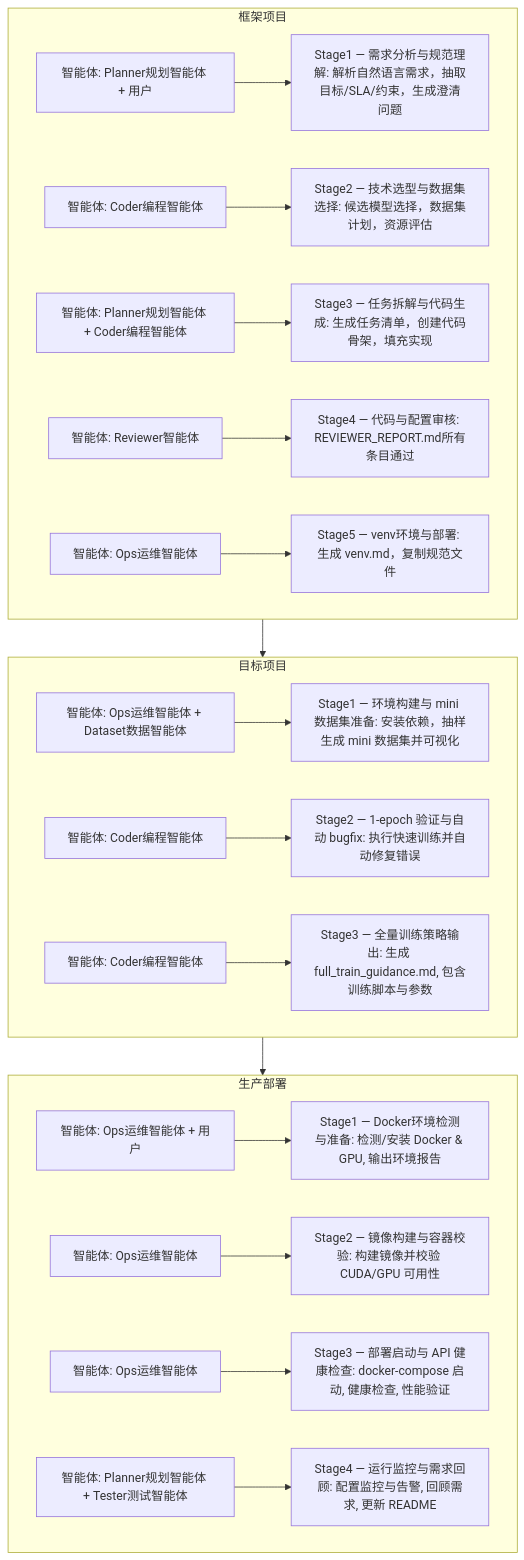
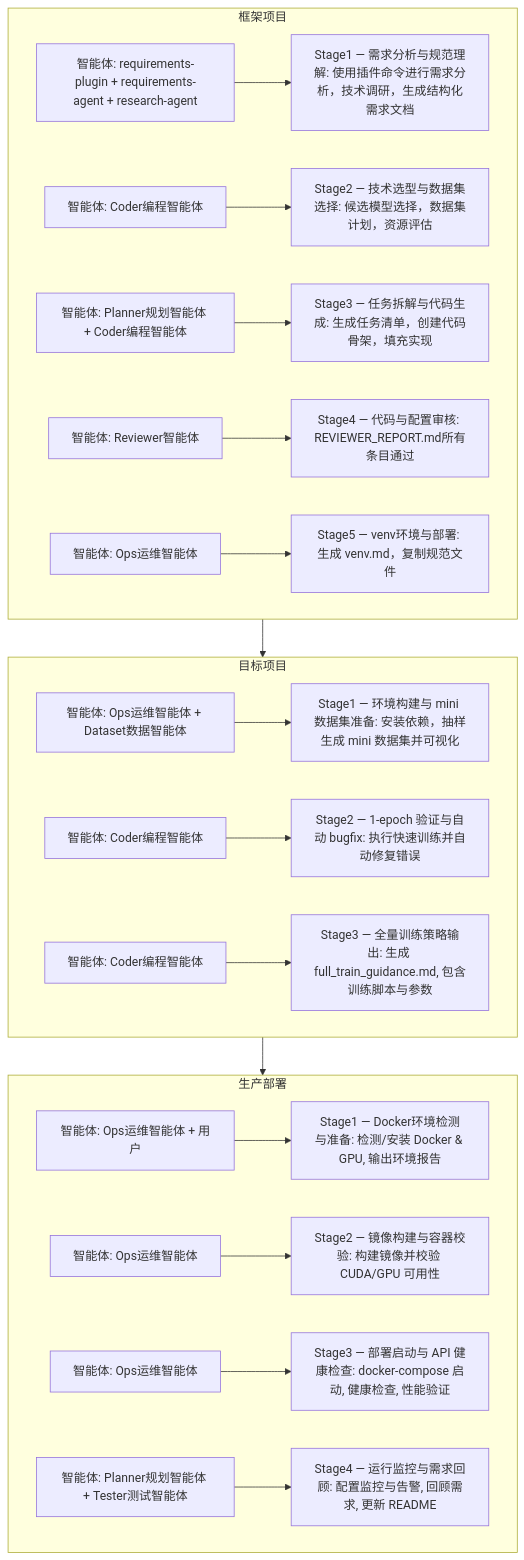
Diagram 16 of 16 in README.md (ouyangshixiong/context-engineering-zh), drawn with Mermaid before and after one commit. The commit also changed other lines of this file and 21 other files, not shown here.

````diff
--- a/README.md
+++ b/README.md
@@ -674,63 +682,63 @@
 ```mermaid
 flowchart TD
 
     %% ================= 框架项目 =================
     subgraph F1["框架项目"]
 
-        S1_who["智能体: Planner规划智能体 + 用户"]
-        S1_desc["Stage1 — 需求分析与规范理解: 解析自然语言需求，抽取目标/SLA/约束，生成澄清问题"]
+        S1_who["智能体: requirements-plugin + requirements-agent + research-agent"]
+        S1_desc["Stage1 — 需求分析与规范理解: 使用插件命令进行需求分析，技术调研，生成结构化需求文档"]
         S2_who["智能体: Coder编程智能体"]
         S2_desc["Stage2 — 技术选型与数据集选择: 候选模型选择，数据集计划，资源评估"]
         S3_who["智能体: Planner规划智能体 + Coder编程智能体"]
         S3_desc["Stage3 — 任务拆解与代码生成: 生成任务清单，创建代码骨架，填充实现"]
         S4_who["智能体: Reviewer智能体"]
         S4_desc["Stage4 — 代码与配置审核: REVIEWER_REPORT.md所有条目通过"]
         S41_who["智能体: Ops运维智能体"]
         S41_desc["Stage5 — venv环境与部署: 生成 venv.md，复制规范文件"]
 
         S1_who --> S1_desc
         S2_who --> S2_desc
         S3_who --> S3_desc
         S4_who --> S4_desc
         S41_who --> S41_desc
 
     end
 
     %% ================= 目标项目 =================
     subgraph F2["目标项目"]
 
         S6_who["智能体: Ops运维智能体 + Dataset数据智能体"]
         S6_desc["Stage1 — 环境构建与 mini 数据集准备: 安装依赖，抽样生成 mini 数据集并可视化"]
         S7_who["智能体: Coder编程智能体"]
         S7_desc["Stage2 — 1-epoch 验证与自动 bugfix: 执行快速训练并自动修复错误"]
         S8_who["智能体: Coder编程智能体"]
         S8_desc["Stage3 — 全量训练策略输出: 生成 full_train_guidance.md, 包含训练脚本与参数"]
 
         S6_who --> S6_desc
         S7_who --> S7_desc
         S8_who --> S8_desc
 
     end
 
     %% ================= 生产部署 =================
     subgraph F3["生产部署"]
 
         S9_who["智能体: Ops运维智能体 + 用户"]
         S9_desc["Stage1 — Docker环境检测与准备: 检测/安装 Docker & GPU, 输出环境报告"]
         S10_who["智能体: Ops运维智能体"]
         S10_desc["Stage2 — 镜像构建与容器校验: 构建镜像并校验 CUDA/GPU 可用性"]
         S11_who["智能体: Ops运维智能体"]
         S11_desc["Stage3 — 部署启动与 API 健康检查: docker-compose 启动, 健康检查, 性能验证"]
         S12_who["智能体: Planner规划智能体 + Tester测试智能体"]
         S12_desc["Stage4 — 运行监控与需求回顾: 配置监控与告警, 回顾需求, 更新 README"]
 
         S9_who --> S9_desc
         S10_who --> S10_desc
         S11_who --> S11_desc
         S12_who --> S12_desc
 
     end
 
     F1 --> F2 --> F3
 
 ```
````
